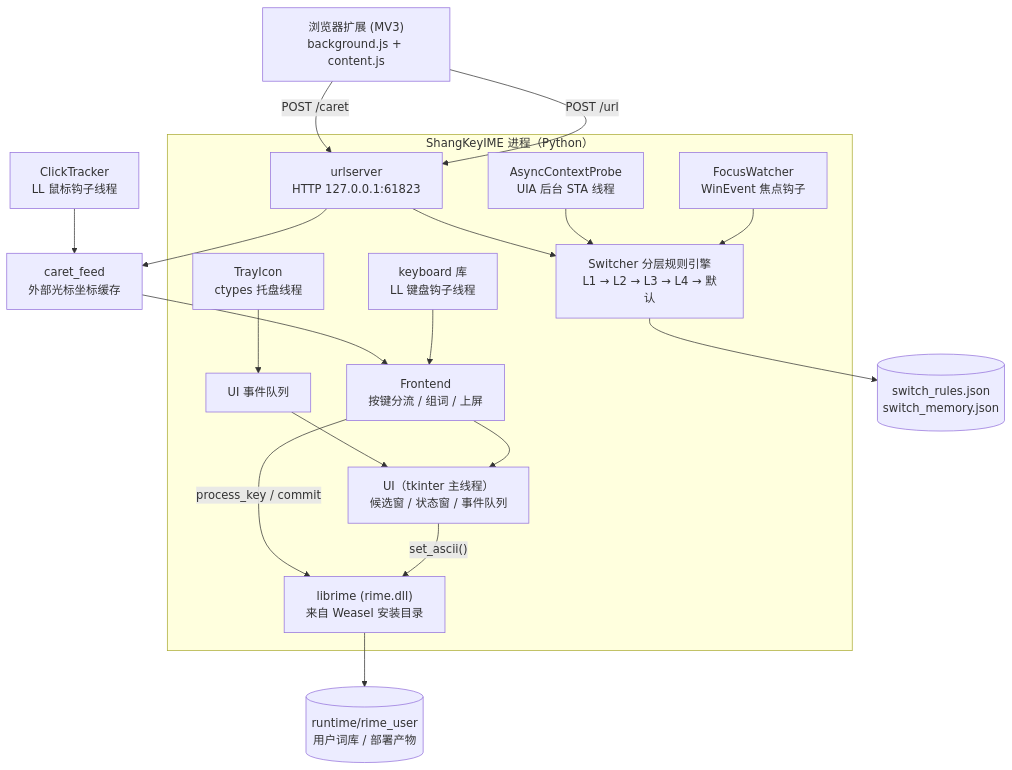
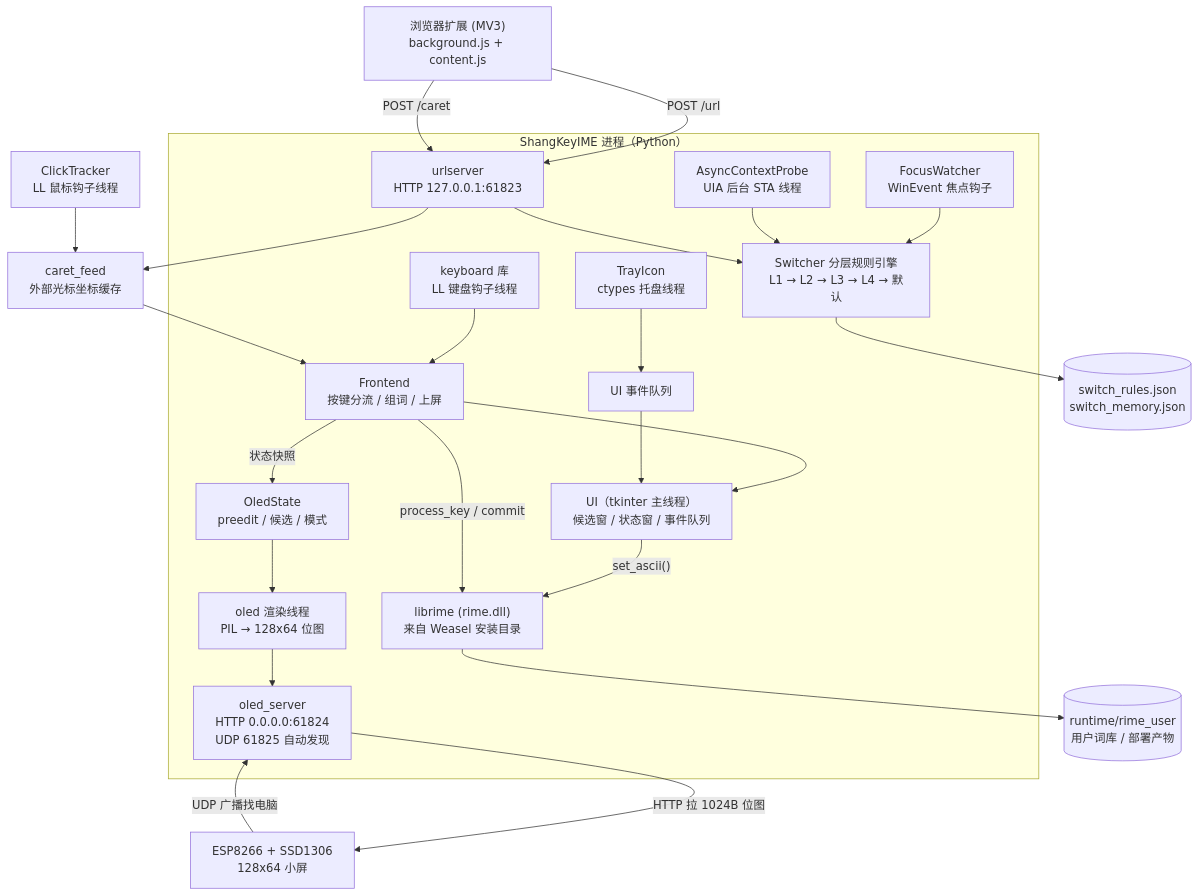
The diagram in README.md (lysdgit/ShangKey), drawn with Mermaid before and after one commit. The commit also changed other lines of this file and 12 other files, not shown here.

First line of the commit message:
feat: OLED 小屏同步（ESP8266 + SSD1306 128x64）

````diff
--- a/README.md
+++ b/README.md
@@ -80,22 +96,27 @@
 ```mermaid
 flowchart TB
     subgraph 用户态进程["ShangKeyIME 进程（Python）"]
         KH["keyboard 库<br/>LL 键盘钩子线程"] --> FE
         FW["FocusWatcher<br/>WinEvent 焦点钩子"] --> SW
         FE["Frontend<br/>按键分流 / 组词 / 上屏"] --> UI["UI（tkinter 主线程）<br/>候选窗 / 状态窗 / 事件队列"]
         SW["Switcher 分层规则引擎<br/>L1 → L2 → L3 → L4 → 默认"]
         CP["AsyncContextProbe<br/>UIA 后台 STA 线程"] --> SW
         US["urlserver<br/>HTTP 127.0.0.1:61823"] --> SW
         TR["TrayIcon<br/>ctypes 托盘线程"] --> MQ["UI 事件队列"]
         MQ --> UI
         UI -- "set_ascii()" --> RIME
         FE -- "process_key / commit" --> RIME
+        FE -- "状态快照" --> OL["OledState<br/>preedit / 候选 / 模式"]
+        OL --> RD["oled 渲染线程<br/>PIL → 128x64 位图"]
+        RD --> OS["oled_server<br/>HTTP 0.0.0.0:61824<br/>UDP 61825 自动发现"]
     end
     EXT["浏览器扩展 (MV3)<br/>background.js + content.js"] -- "POST /url" --> US
     EXT -- "POST /caret" --> US
     US --> CF["caret_feed<br/>外部光标坐标缓存"]
     MH["ClickTracker<br/>LL 鼠标钩子线程"] --> CF
     CF --> FE
     RIME["librime (rime.dll)<br/>来自 Weasel 安装目录"] --> DB[("runtime/rime_user<br/>用户词库 / 部署产物")]
     SW --> MEM[("switch_rules.json<br/>switch_memory.json")]
+    OS -- "HTTP 拉 1024B 位图" --> ESP["ESP8266 + SSD1306<br/>128x64 小屏"]
+    ESP -- "UDP 广播找电脑" --> OS
 ```
````
